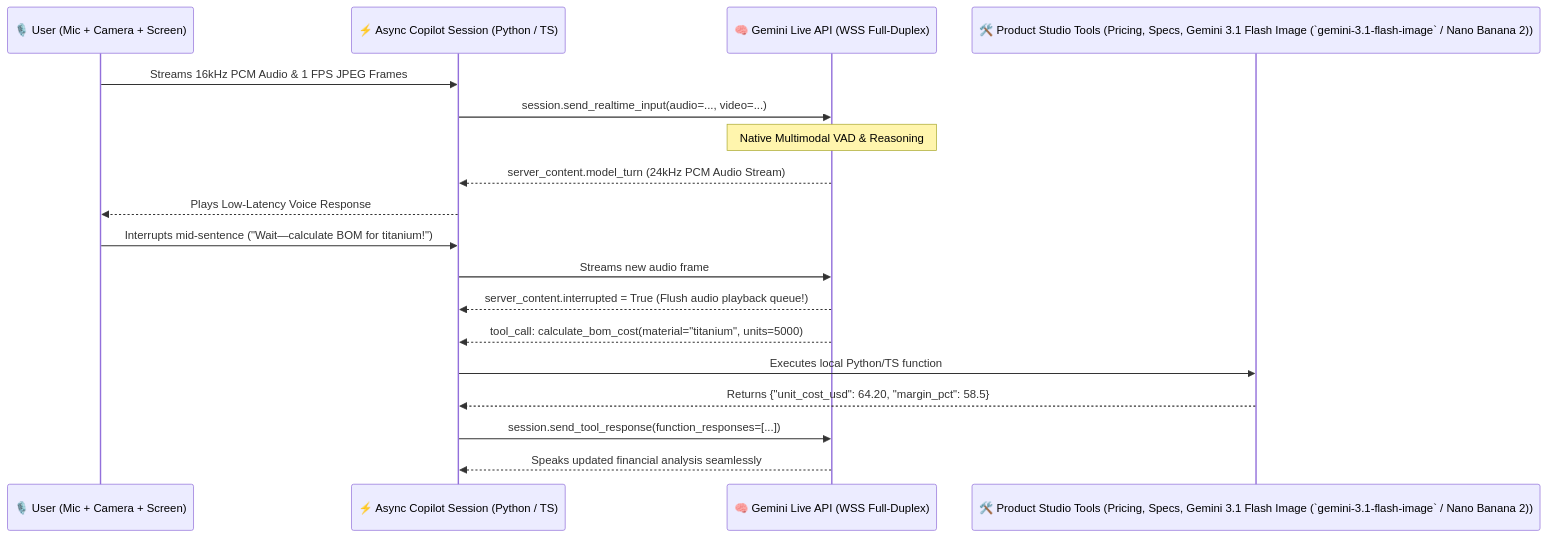
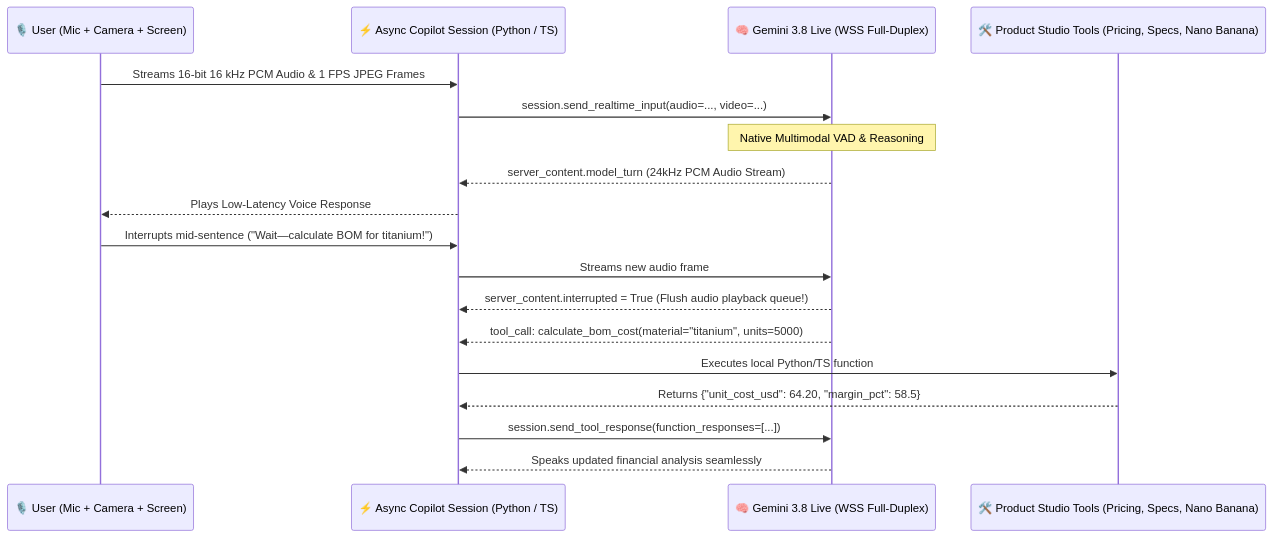
One commit to AllInVaders/aistudio-full-course changed the diagram in en/module-03-live-agents-antigravity-sdk/README.md. Above: the diagram before and after it, drawn with Mermaid. The commit also changed other lines of this file and 30 other files, not shown here.

Commit message:
feat: upgrade all Gemini 3.7 Flash references to Gemini 3.8 Flash (gemini-3.8-flash)

````diff
--- a/en/module-03-live-agents-antigravity-sdk/README.md
+++ b/en/module-03-live-agents-antigravity-sdk/README.md
@@ -25,23 +25,23 @@
 ```mermaid
 sequenceDiagram
     participant User as 🎙️ User (Mic + Camera + Screen)
     participant App as ⚡ Async Copilot Session (Python / TS)
-    participant LiveAPI as 🧠 Gemini Live API (WSS Full-Duplex)
-    participant Tools as 🛠️ Product Studio Tools (Pricing, Specs, Gemini 3.1 Flash Image (`gemini-3.1-flash-image` / Nano Banana 2))
+    participant LiveAPI as 🧠 Gemini 3.8 Live (WSS Full-Duplex)
+    participant Tools as 🛠️ Product Studio Tools (Pricing, Specs, Nano Banana)
 
-    User->>App: Streams 16kHz PCM Audio & 1 FPS JPEG Frames
+    User->>App: Streams 16-bit 16 kHz PCM Audio & 1 FPS JPEG Frames
     App->>LiveAPI: session.send_realtime_input(audio=..., video=...)
     Note over LiveAPI: Native Multimodal VAD & Reasoning
     LiveAPI-->>App: server_content.model_turn (24kHz PCM Audio Stream)
     App-->>User: Plays Low-Latency Voice Response
 
     User->>App: Interrupts mid-sentence ("Wait—calculate BOM for titanium!")
     App->>LiveAPI: Streams new audio frame
     LiveAPI-->>App: server_content.interrupted = True (Flush audio playback queue!)
 
     LiveAPI-->>App: tool_call: calculate_bom_cost(material="titanium", units=5000)
     App->>Tools: Executes local Python/TS function
     Tools-->>App: Returns {"unit_cost_usd": 64.20, "margin_pct": 58.5}
     App->>LiveAPI: session.send_tool_response(function_responses=[...])
     LiveAPI-->>App: Speaks updated financial analysis seamlessly
 ```
````
